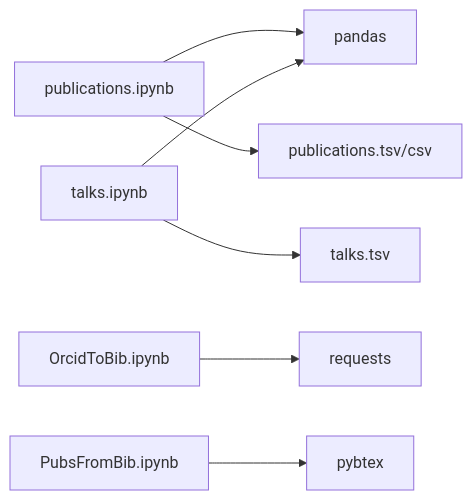
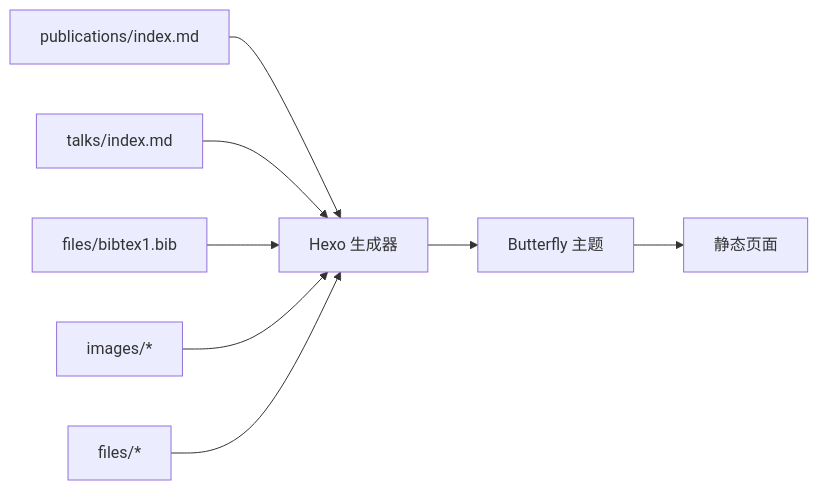
One commit to CoolPig0720/CoolPig0720.github.io changed the fifth of 5 diagrams in .qoder/repowiki/zh/content/数据处理和自动化/Markdown 生成工具.md. Above: the diagram before and after it, drawn with Mermaid. The commit also changed other lines of this file and 36 other files, not shown here.

````diff
--- a/.qoder/repowiki/zh/content/数据处理和自动化/Markdown 生成工具.md
+++ b/.qoder/repowiki/zh/content/数据处理和自动化/Markdown 生成工具.md
@@ -279,9 +222,10 @@
 ```mermaid
 graph LR
-PUBNB["publications.ipynb"] --> PANDAS["pandas"]
-TALNB["talks.ipynb"] --> PANDAS
-O2B["OrcidToBib.ipynb"] --> REQ["requests"]
-PBIB["PubsFromBib.ipynb"] --> PYBT["pybtex"]
-PUBNB --> DATA1["publications.tsv/csv"]
-TALNB --> DATA2["talks.tsv"]
+PUB["publications/index.md"] --> HEXO["Hexo 生成器"]
+TALK["talks/index.md"] --> HEXO
+BIB["files/bibtex1.bib"] --> HEXO
+IMG["images/*"] --> HEXO
+FILE["files/*"] --> HEXO
+HEXO --> THEME["Butterfly 主题"]
+THEME --> HTML["静态页面"]
 ```
````
